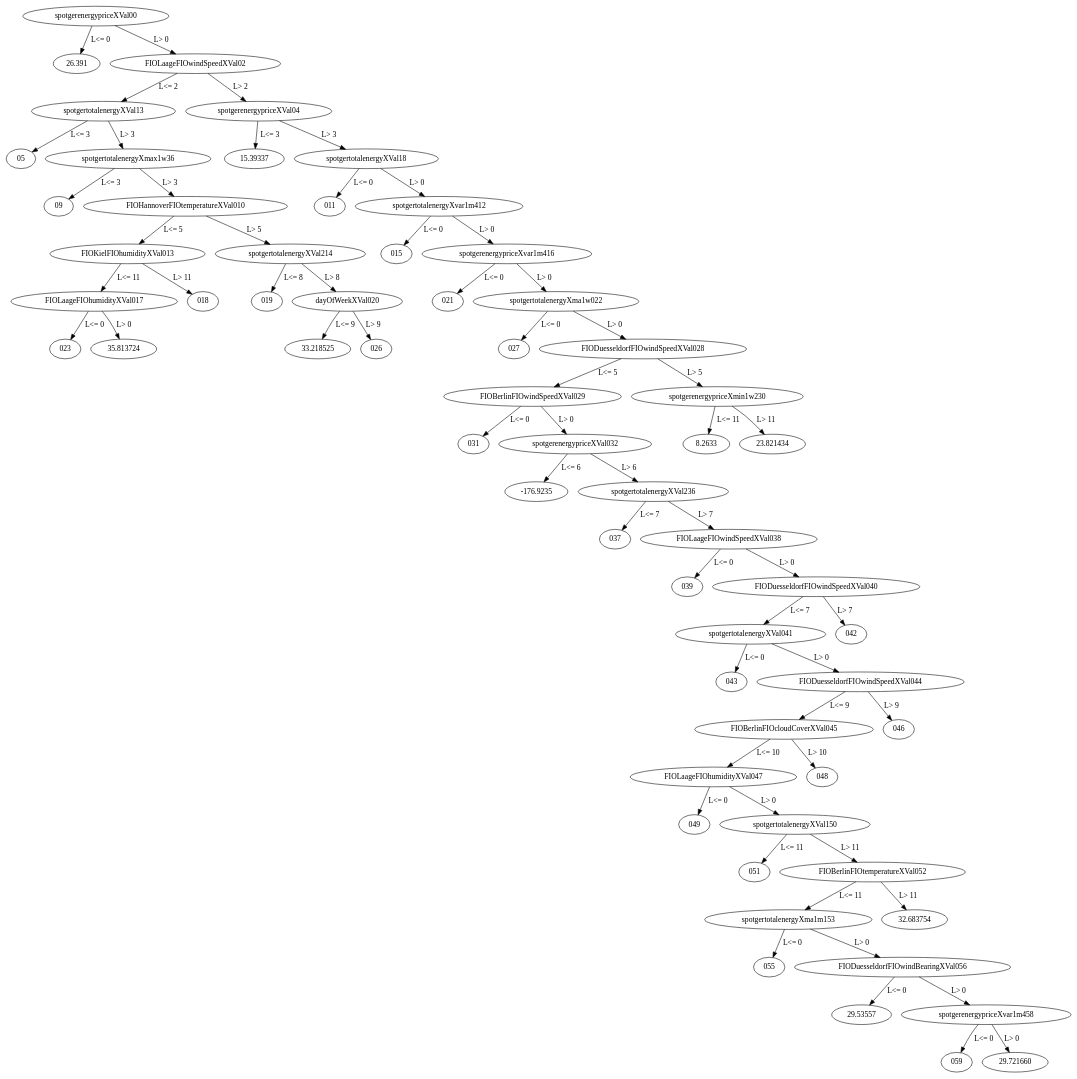
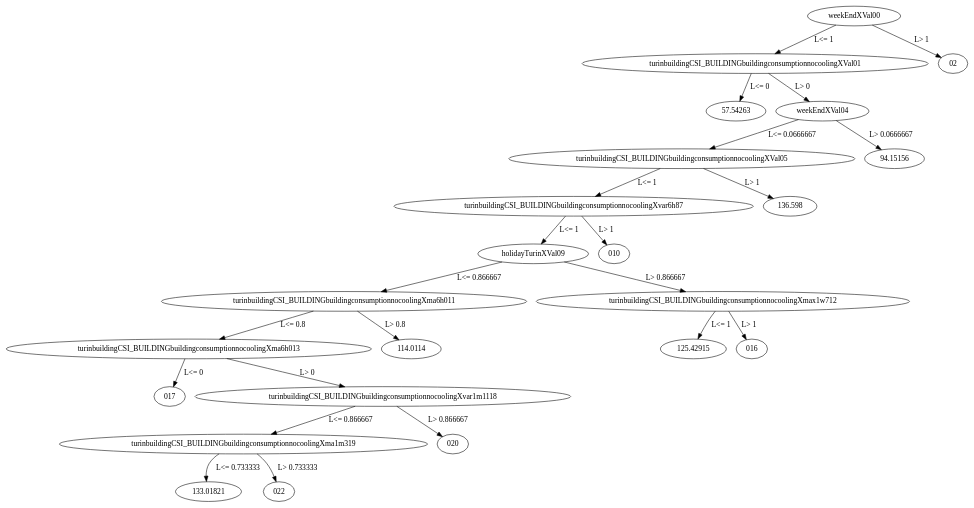
Before and after one commit to klemenkenda/nrg4mine: the diagram in sandbox/ht-4.gv, drawn with Graphviz. The commit also changed 33 other files, not shown here.

```diff
--- a/sandbox/ht-4.gv
+++ b/sandbox/ht-4.gv
@@ -1,62 +1,24 @@
 digraph dt_fig {
-	spotgerenergypriceXVal00 -> "26.391" [label="L<= 0"];
-	spotgerenergypriceXVal00 -> FIOLaageFIOwindSpeedXVal02 [label="L> 0"];
-	FIOLaageFIOwindSpeedXVal02 -> spotgertotalenergyXVal13 [label="L<= 2"];
-	FIOLaageFIOwindSpeedXVal02 -> spotgerenergypriceXVal04 [label="L> 2"];
-	spotgertotalenergyXVal13 -> "05" [label="L<= 3"];
-	spotgertotalenergyXVal13 -> spotgertotalenergyXmax1w36 [label="L> 3"];
-	spotgerenergypriceXVal04 -> "15.39337" [label="L<= 3"];
-	spotgerenergypriceXVal04 -> spotgertotalenergyXVal18 [label="L> 3"];
-	spotgertotalenergyXmax1w36 -> "09" [label="L<= 3"];
-	spotgertotalenergyXmax1w36 -> FIOHannoverFIOtemperatureXVal010 [label="L> 3"];
-	spotgertotalenergyXVal18 -> "011" [label="L<= 0"];
-	spotgertotalenergyXVal18 -> spotgertotalenergyXvar1m412 [label="L> 0"];
-	FIOHannoverFIOtemperatureXVal010 -> FIOKielFIOhumidityXVal013 [label="L<= 5"];
-	FIOHannoverFIOtemperatureXVal010 -> spotgertotalenergyXVal214 [label="L> 5"];
-	spotgertotalenergyXvar1m412 -> "015" [label="L<= 0"];
-	spotgertotalenergyXvar1m412 -> spotgerenergypriceXvar1m416 [label="L> 0"];
-	FIOKielFIOhumidityXVal013 -> FIOLaageFIOhumidityXVal017 [label="L<= 11"];
-	FIOKielFIOhumidityXVal013 -> "018" [label="L> 11"];
-	spotgertotalenergyXVal214 -> "019" [label="L<= 8"];
-	spotgertotalenergyXVal214 -> dayOfWeekXVal020 [label="L> 8"];
-	spotgerenergypriceXvar1m416 -> "021" [label="L<= 0"];
-	spotgerenergypriceXvar1m416 -> spotgertotalenergyXma1w022 [label="L> 0"];
-	FIOLaageFIOhumidityXVal017 -> "023" [label="L<= 0"];
-	FIOLaageFIOhumidityXVal017 -> "35.813724" [label="L> 0"];
-	dayOfWeekXVal020 -> "33.218525" [label="L<= 9"];
-	dayOfWeekXVal020 -> "026" [label="L> 9"];
-	spotgertotalenergyXma1w022 -> "027" [label="L<= 0"];
-	spotgertotalenergyXma1w022 -> FIODuesseldorfFIOwindSpeedXVal028 [label="L> 0"];
-	FIODuesseldorfFIOwindSpeedXVal028 -> FIOBerlinFIOwindSpeedXVal029 [label="L<= 5"];
-	FIODuesseldorfFIOwindSpeedXVal028 -> spotgerenergypriceXmin1w230 [label="L> 5"];
-	FIOBerlinFIOwindSpeedXVal029 -> "031" [label="L<= 0"];
-	FIOBerlinFIOwindSpeedXVal029 -> spotgerenergypriceXVal032 [label="L> 0"];
-	spotgerenergypriceXmin1w230 -> "8.2633" [label="L<= 11"];
-	spotgerenergypriceXmin1w230 -> "23.821434" [label="L> 11"];
-	spotgerenergypriceXVal032 -> "-176.9235" [label="L<= 6"];
-	spotgerenergypriceXVal032 -> spotgertotalenergyXVal236 [label="L> 6"];
-	spotgertotalenergyXVal236 -> "037" [label="L<= 7"];
-	spotgertotalenergyXVal236 -> FIOLaageFIOwindSpeedXVal038 [label="L> 7"];
-	FIOLaageFIOwindSpeedXVal038 -> "039" [label="L<= 0"];
-	FIOLaageFIOwindSpeedXVal038 -> FIODuesseldorfFIOwindSpeedXVal040 [label="L> 0"];
-	FIODuesseldorfFIOwindSpeedXVal040 -> spotgertotalenergyXVal041 [label="L<= 7"];
-	FIODuesseldorfFIOwindSpeedXVal040 -> "042" [label="L> 7"];
-	spotgertotalenergyXVal041 -> "043" [label="L<= 0"];
-	spotgertotalenergyXVal041 -> FIODuesseldorfFIOwindSpeedXVal044 [label="L> 0"];
-	FIODuesseldorfFIOwindSpeedXVal044 -> FIOBerlinFIOcloudCoverXVal045 [label="L<= 9"];
-	FIODuesseldorfFIOwindSpeedXVal044 -> "046" [label="L> 9"];
-	FIOBerlinFIOcloudCoverXVal045 -> FIOLaageFIOhumidityXVal047 [label="L<= 10"];
-	FIOBerlinFIOcloudCoverXVal045 -> "048" [label="L> 10"];
-	FIOLaageFIOhumidityXVal047 -> "049" [label="L<= 0"];
-	FIOLaageFIOhumidityXVal047 -> spotgertotalenergyXVal150 [label="L> 0"];
-	spotgertotalenergyXVal150 -> "051" [label="L<= 11"];
-	spotgertotalenergyXVal150 -> FIOBerlinFIOtemperatureXVal052 [label="L> 11"];
-	FIOBerlinFIOtemperatureXVal052 -> spotgertotalenergyXma1m153 [label="L<= 11"];
-	FIOBerlinFIOtemperatureXVal052 -> "32.683754" [label="L> 11"];
-	spotgertotalenergyXma1m153 -> "055" [label="L<= 0"];
-	spotgertotalenergyXma1m153 -> FIODuesseldorfFIOwindBearingXVal056 [label="L> 0"];
-	FIODuesseldorfFIOwindBearingXVal056 -> "29.53557" [label="L<= 0"];
-	FIODuesseldorfFIOwindBearingXVal056 -> spotgerenergypriceXvar1m458 [label="L> 0"];
-	spotgerenergypriceXvar1m458 -> "059" [label="L<= 0"];
-	spotgerenergypriceXvar1m458 -> "29.721660" [label="L> 0"];
+	weekEndXVal00 -> turinbuildingCSI_BUILDINGbuildingconsumptionnocoolingXVal01 [label="L<= 1"];
+	weekEndXVal00 -> "02" [label="L> 1"];
+	turinbuildingCSI_BUILDINGbuildingconsumptionnocoolingXVal01 -> "57.54263" [label="L<= 0"];
+	turinbuildingCSI_BUILDINGbuildingconsumptionnocoolingXVal01 -> weekEndXVal04 [label="L> 0"];
+	weekEndXVal04 -> turinbuildingCSI_BUILDINGbuildingconsumptionnocoolingXVal05 [label="L<= 0.0666667"];
+	weekEndXVal04 -> "94.15156" [label="L> 0.0666667"];
+	turinbuildingCSI_BUILDINGbuildingconsumptionnocoolingXVal05 -> turinbuildingCSI_BUILDINGbuildingconsumptionnocoolingXvar6h87 [label="L<= 1"];
+	turinbuildingCSI_BUILDINGbuildingconsumptionnocoolingXVal05 -> "136.598" [label="L> 1"];
+	turinbuildingCSI_BUILDINGbuildingconsumptionnocoolingXvar6h87 -> holidayTurinXVal09 [label="L<= 1"];
+	turinbuildingCSI_BUILDINGbuildingconsumptionnocoolingXvar6h87 -> "010" [label="L> 1"];
+	holidayTurinXVal09 -> turinbuildingCSI_BUILDINGbuildingconsumptionnocoolingXma6h011 [label="L<= 0.866667"];
+	holidayTurinXVal09 -> turinbuildingCSI_BUILDINGbuildingconsumptionnocoolingXmax1w712 [label="L> 0.866667"];
+	turinbuildingCSI_BUILDINGbuildingconsumptionnocoolingXma6h011 -> turinbuildingCSI_BUILDINGbuildingconsumptionnocoolingXma6h013 [label="L<= 0.8"];
+	turinbuildingCSI_BUILDINGbuildingconsumptionnocoolingXma6h011 -> "114.0114" [label="L> 0.8"];
+	turinbuildingCSI_BUILDINGbuildingconsumptionnocoolingXmax1w712 -> "125.42915" [label="L<= 1"];
+	turinbuildingCSI_BUILDINGbuildingconsumptionnocoolingXmax1w712 -> "016" [label="L> 1"];
+	turinbuildingCSI_BUILDINGbuildingconsumptionnocoolingXma6h013 -> "017" [label="L<= 0"];
+	turinbuildingCSI_BUILDINGbuildingconsumptionnocoolingXma6h013 -> turinbuildingCSI_BUILDINGbuildingconsumptionnocoolingXvar1m1118 [label="L> 0"];
+	turinbuildingCSI_BUILDINGbuildingconsumptionnocoolingXvar1m1118 -> turinbuildingCSI_BUILDINGbuildingconsumptionnocoolingXma1m319 [label="L<= 0.866667"];
+	turinbuildingCSI_BUILDINGbuildingconsumptionnocoolingXvar1m1118 -> "020" [label="L> 0.866667"];
+	turinbuildingCSI_BUILDINGbuildingconsumptionnocoolingXma1m319 -> "133.01821" [label="L<= 0.733333"];
+	turinbuildingCSI_BUILDINGbuildingconsumptionnocoolingXma1m319 -> "022" [label="L> 0.733333"];
 }
```
